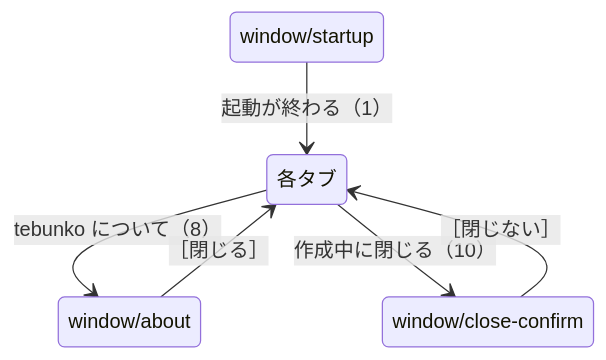
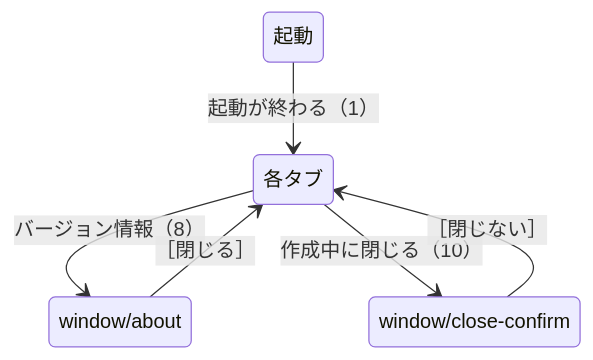
The diagram in docs/design/gui/screens/window.md (hsgwa/tebunko), drawn with Mermaid before and after one commit. The commit also changed other lines of this file and 56 other files, not shown here.

````diff
--- a/docs/design/gui/screens/window.md
+++ b/docs/design/gui/screens/window.md
@@ -16,12 +16,12 @@
 ```mermaid
 stateDiagram-v2
-    state "window/startup" as startup
+    state "起動" as startup
     state "各タブ" as tabs
     state "window/about" as about
     state "window/close-confirm" as close
     startup --> tabs: 起動が終わる（1）
-    tabs --> about: tebunko について（8）
+    tabs --> about: バージョン情報（8）
     about --> tabs: ［閉じる］
     tabs --> close: 作成中に閉じる（10）
     close --> tabs: ［閉じない］
 ```
````
